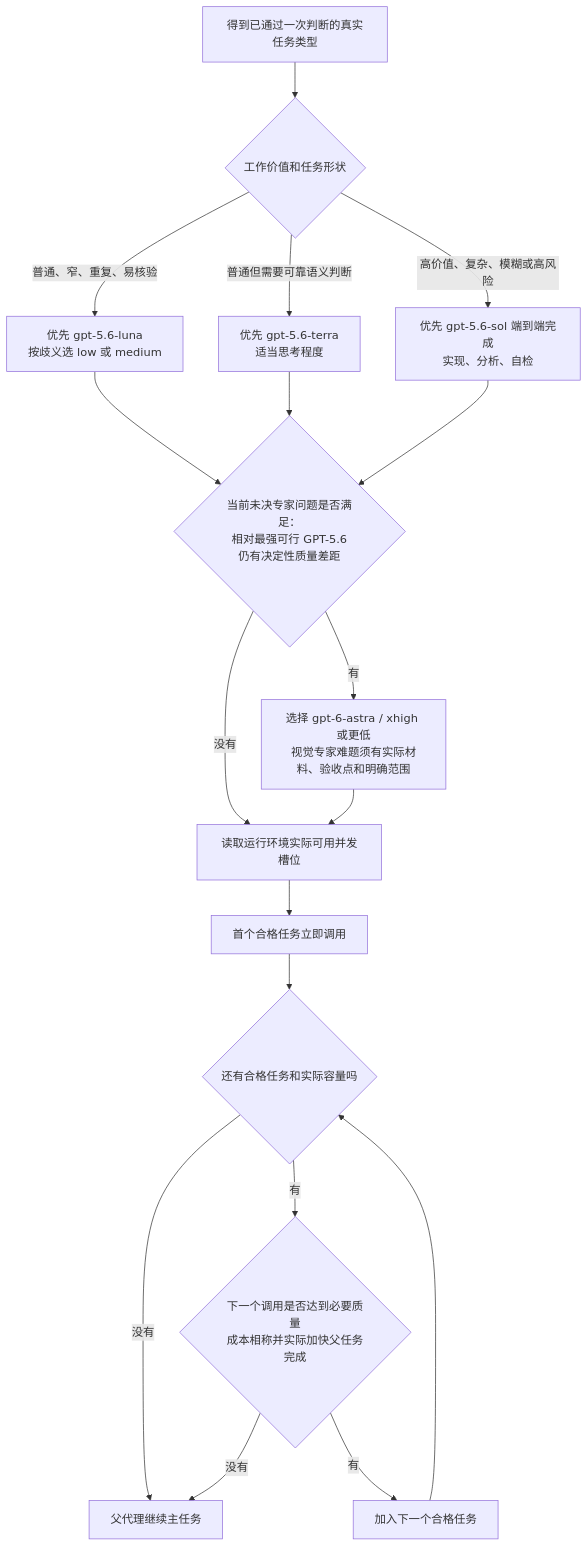
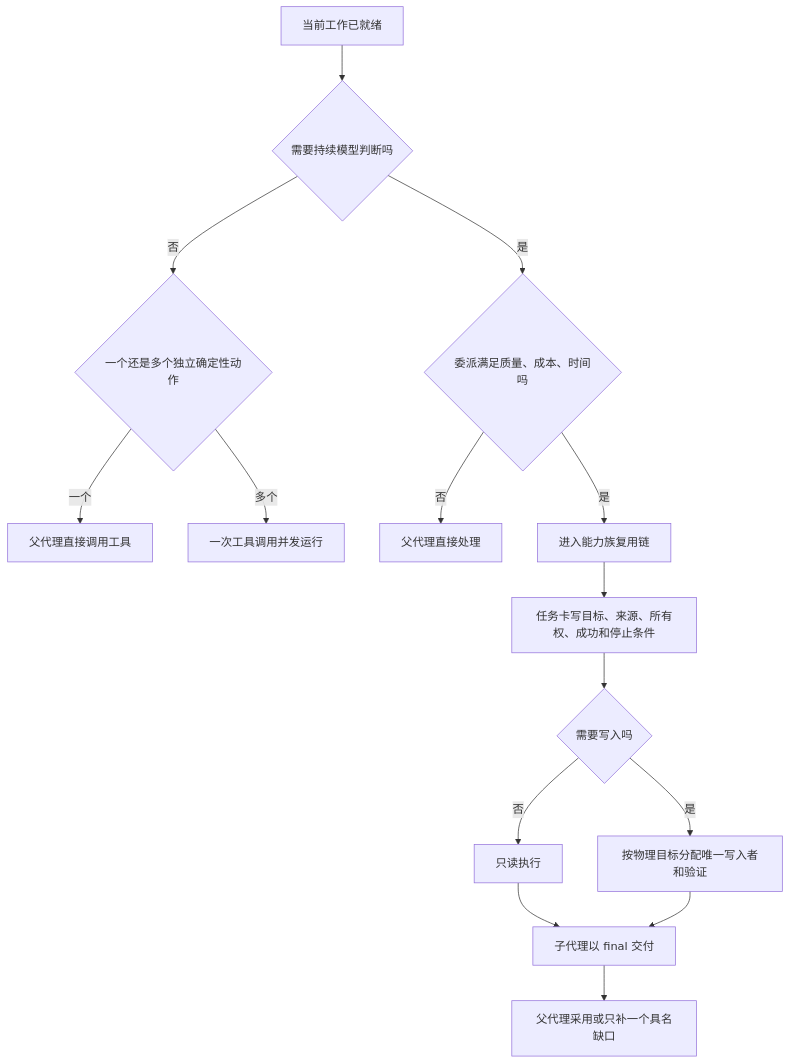
One commit to Lang45/codex-lean-stack changed the second of 17 diagrams in skills/lean-stack/references/flowcharts-zh.md. Above: the diagram before and after it, drawn with Mermaid. The commit also changed other lines of this file and 26 other files, not shown here.

````diff
--- a/skills/lean-stack/references/flowcharts-zh.md
+++ b/skills/lean-stack/references/flowcharts-zh.md
@@ -306,20 +49,17 @@
 ```mermaid
 flowchart TD
-    A[得到已通过一次判断的真实任务类型] --> A0{工作价值和任务形状}
-    A0 -->|普通、窄、重复、易核验| AL[优先 gpt-5.6-luna<br/>按歧义选 low 或 medium]
-    A0 -->|普通但需要可靠语义判断| AT[优先 gpt-5.6-terra<br/>适当思考程度]
-    A0 -->|高价值、复杂、模糊或高风险| AS[优先 gpt-5.6-sol 端到端完成<br/>实现、分析、自检]
-    AL --> AH{当前未决专家问题是否满足：<br/>相对最强可行 GPT-5.6<br/>仍有决定性质量差距}
-    AT --> AH
-    AS --> AH
-    AH -->|没有| B[读取运行环境实际可用并发槽位]
-    AH -->|有| AA[选择 gpt-6-astra / xhigh 或更低<br/>视觉专家难题须有实际材料、验收点和明确范围]
-    AA --> B
-    B --> C[首个合格任务立即调用]
-    C --> D{还有合格任务和实际容量吗}
-    D -->|没有| E[父代理继续主任务]
-    D -->|有| F{下一个调用是否达到必要质量<br/>成本相称并实际加快父任务完成}
-    F -->|没有| E
-    F -->|有| H[加入下一个合格任务]
-    H --> D
+    A[当前工作已就绪] --> B{需要持续模型判断吗}
+    B -->|否| C{一个还是多个独立确定性动作}
+    C -->|一个| D[父代理直接调用工具]
+    C -->|多个| E[一次工具调用并发运行]
+    B -->|是| F{委派满足质量、成本、时间吗}
+    F -->|否| G[父代理直接处理]
+    F -->|是| H[进入能力族复用链]
+    H --> I[任务卡写目标、来源、所有权、成功和停止条件]
+    I --> J{需要写入吗}
+    J -->|否| K[只读执行]
+    J -->|是| L[按物理目标分配唯一写入者和验证]
+    K --> M[子代理以 final 交付]
+    L --> M
+    M --> N[父代理采用或只补一个具名缺口]
 ```
````
